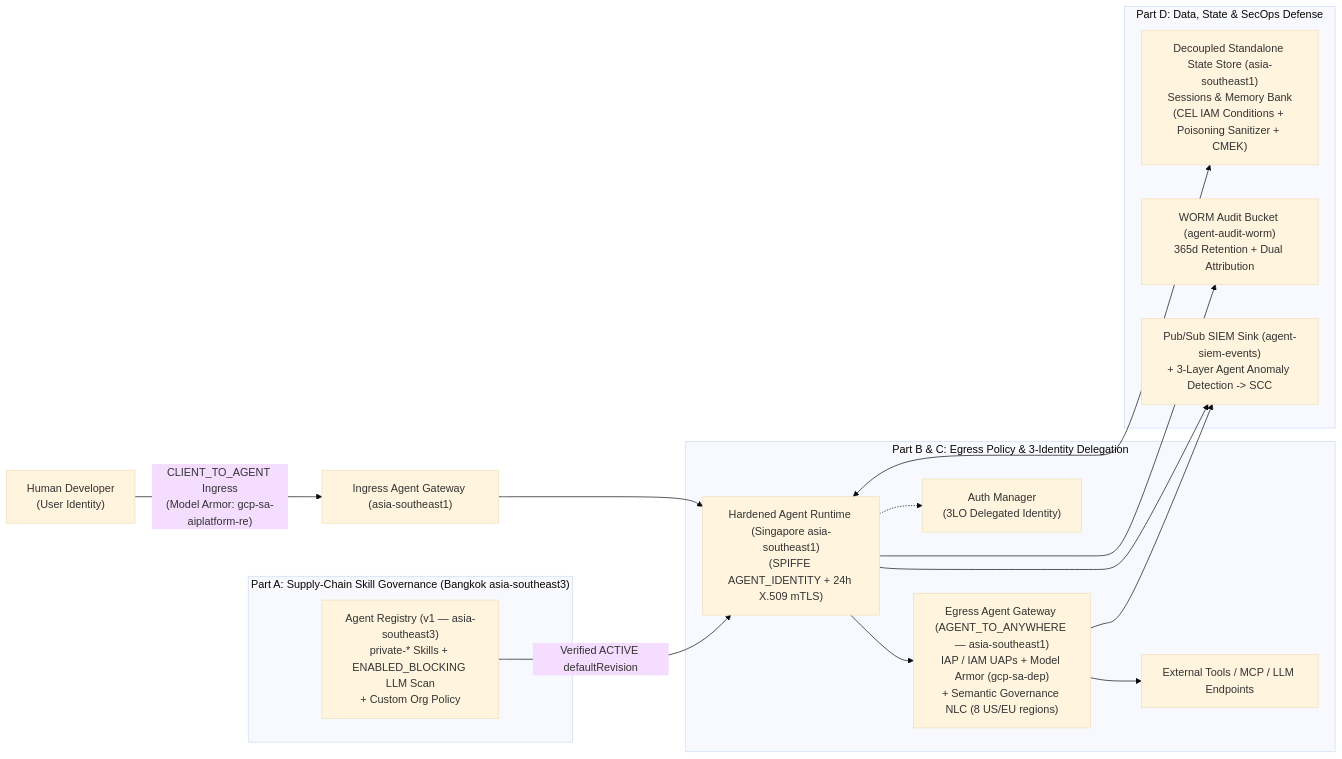
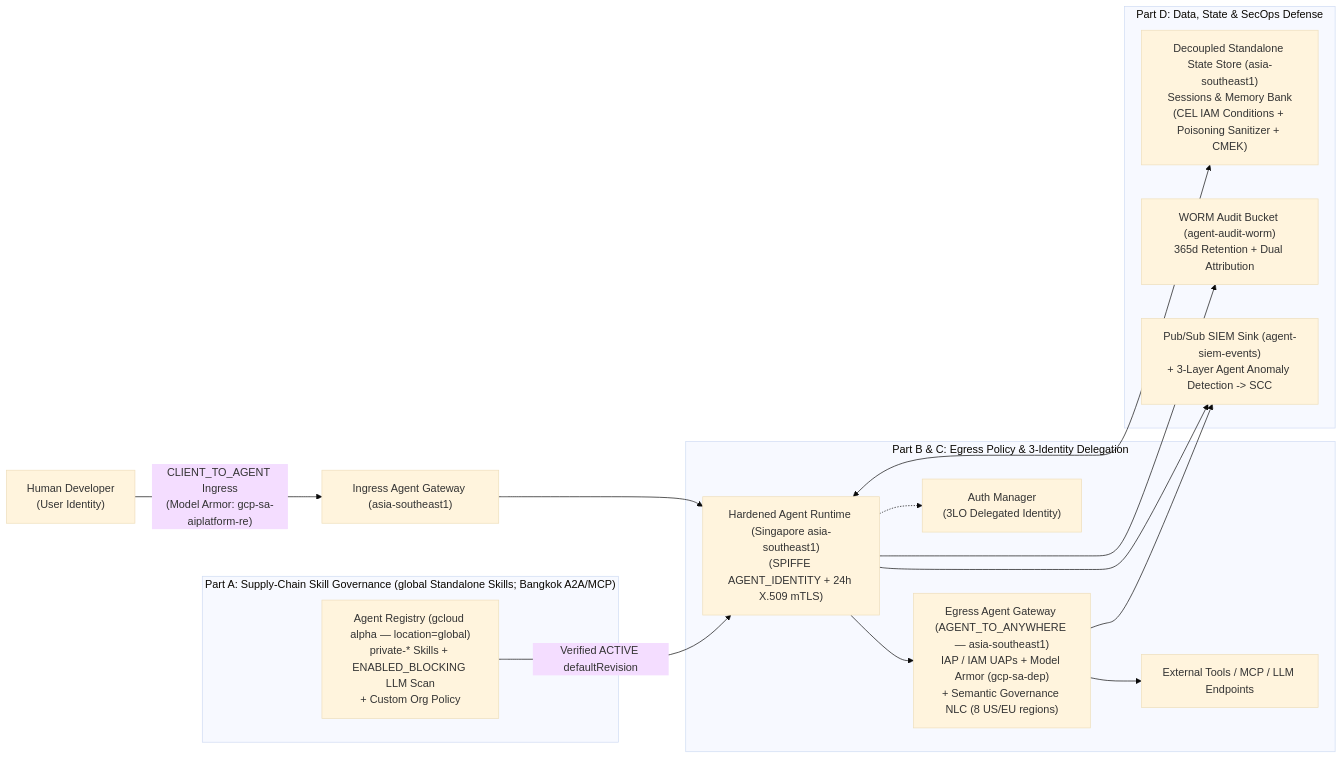
The diagram in workshop/07-LAB-OPTIONAL-SECURITY-AND-GOVERNANCE.md (jiratouchmhp/coding-agent-workshop), drawn with Mermaid (base theme) before and after one commit. The commit also changed other lines of this file and 70 other files, not shown here.

````diff
--- a/workshop/07-LAB-OPTIONAL-SECURITY-AND-GOVERNANCE.md
+++ b/workshop/07-LAB-OPTIONAL-SECURITY-AND-GOVERNANCE.md
@@ -44,30 +46,30 @@
 ```mermaid
 flowchart LR
     User["Human Developer<br/>(User Identity)"] -->|"CLIENT_TO_AGENT Ingress<br/>(Model Armor: gcp-sa-aiplatform-re)"| InGW["Ingress Agent Gateway (asia-southeast1)"]
     InGW --> RT["Hardened Agent Runtime (Singapore asia-southeast1)<br/>(SPIFFE AGENT_IDENTITY + 24h X.509 mTLS)"]
 
-    subgraph SUPPLY["Part A: Supply-Chain Skill Governance (Bangkok asia-southeast3)"]
-        AReg["Agent Registry (v1 — asia-southeast3)<br/>private-* Skills + ENABLED_BLOCKING LLM Scan<br/>+ Custom Org Policy"]
+    subgraph SUPPLY["Part A: Supply-Chain Skill Governance (global Standalone Skills; Bangkok A2A/MCP)"]
+        AReg["Agent Registry (gcloud alpha — location=global)<br/>private-* Skills + ENABLED_BLOCKING LLM Scan<br/>+ Custom Org Policy"]
     end
 
     subgraph EGRESS["Part B & C: Egress Policy & 3-Identity Delegation"]
         EgGW["Egress Agent Gateway (AGENT_TO_ANYWHERE — asia-southeast1)<br/>IAP / IAM UAPs + Model Armor (gcp-sa-dep)<br/>+ Semantic Governance NLC (8 US/EU regions)"]
         AuthMgr["Auth Manager<br/>(3LO Delegated Identity)"]
         Tools["External Tools / MCP / LLM Endpoints"]
         RT --> EgGW
         RT -.-> AuthMgr
         EgGW --> Tools
     end
 
     subgraph DATA["Part D: Data, State & SecOps Defense"]
         State["Decoupled Standalone State Store (asia-southeast1)<br/>Sessions & Memory Bank<br/>(CEL IAM Conditions + Poisoning Sanitizer + CMEK)"]
         WORM["WORM Audit Bucket (agent-audit-worm)<br/>365d Retention + Dual Attribution"]
         SIEM["Pub/Sub SIEM Sink (agent-siem-events)<br/>+ 3-Layer Agent Anomaly Detection -> SCC"]
         RT <--> State
         RT --> WORM
         RT --> SIEM
         EgGW --> SIEM
     end
 
     AReg -->|"Verified ACTIVE defaultRevision"| RT
 ```
````
